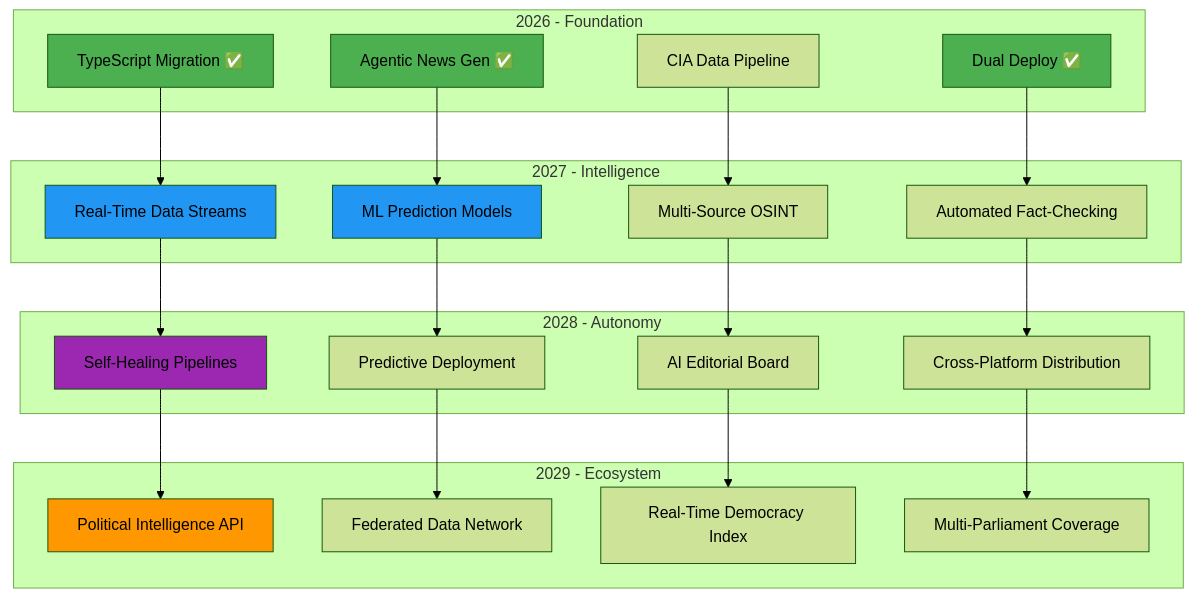
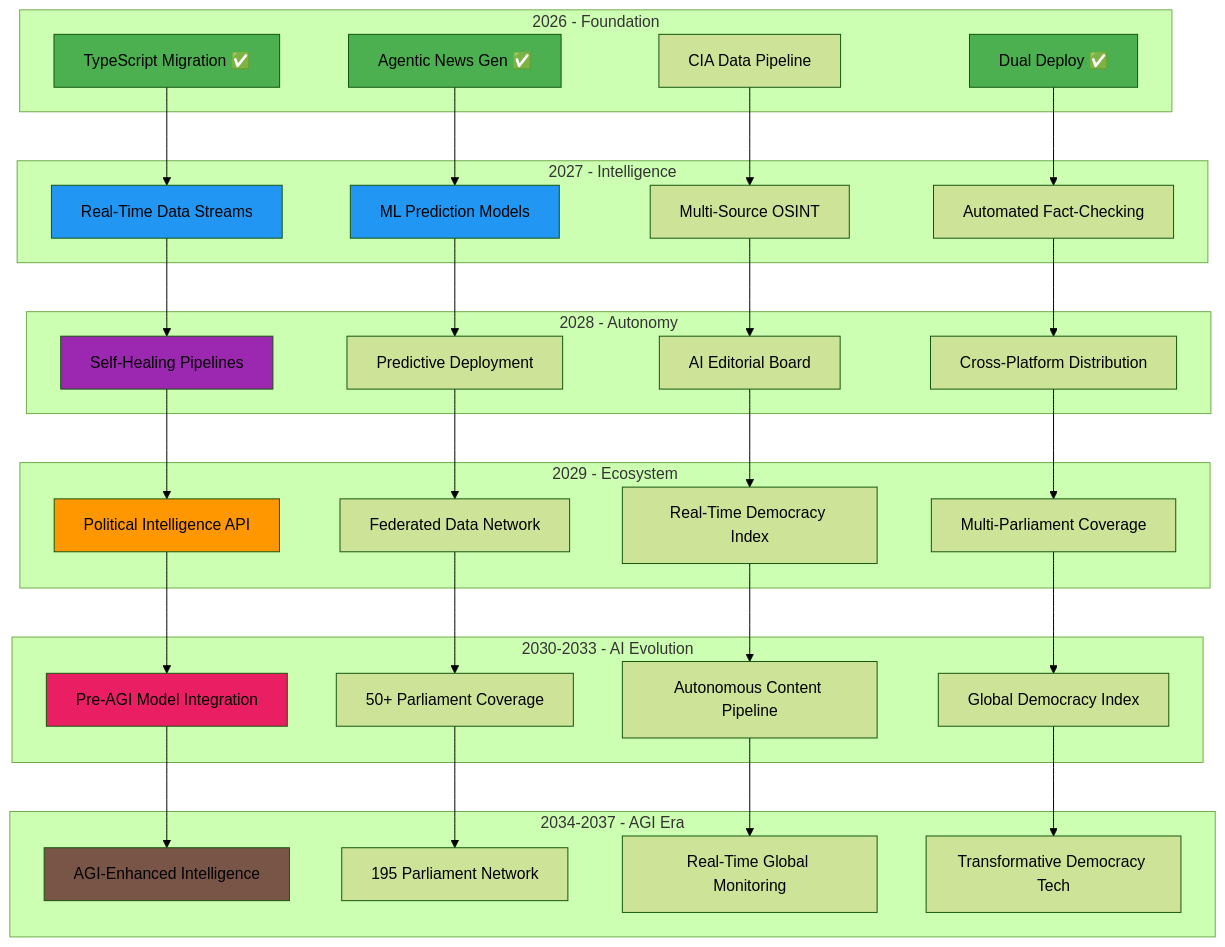
The first of 2 diagrams in FUTURE_WORKFLOWS.md (Hack23/riksdagsmonitor), drawn with Mermaid (forest theme) before and after one commit. The commit also changed other lines of this file, not shown here.

First line of the commit message:
Extend FUTURE_WORKFLOWS.md roadmap horizon to 2037 with AI/LLM evolution

````diff
--- a/FUTURE_WORKFLOWS.md
+++ b/FUTURE_WORKFLOWS.md
@@ -31,53 +31,80 @@
 ```mermaid
 graph TB
     subgraph "2026 - Foundation"
         A1[TypeScript Migration ✅]
         A2[Agentic News Gen ✅]
         A3[CIA Data Pipeline]
         A4[Dual Deploy ✅]
     end
     
     subgraph "2027 - Intelligence"
         B1[Real-Time Data Streams]
         B2[ML Prediction Models]
         B3[Multi-Source OSINT]
         B4[Automated Fact-Checking]
     end
     
     subgraph "2028 - Autonomy"
         C1[Self-Healing Pipelines]
         C2[Predictive Deployment]
         C3[AI Editorial Board]
         C4[Cross-Platform Distribution]
     end
     
     subgraph "2029 - Ecosystem"
         D1[Political Intelligence API]
         D2[Federated Data Network]
         D3[Real-Time Democracy Index]
         D4[Multi-Parliament Coverage]
     end
     
+    subgraph "2030-2033 - AI Evolution"
+        E1[Pre-AGI Model Integration]
+        E2[50+ Parliament Coverage]
+        E3[Autonomous Content Pipeline]
+        E4[Global Democracy Index]
+    end
+    
+    subgraph "2034-2037 - AGI Era"
+        F1[AGI-Enhanced Intelligence]
+        F2[195 Parliament Network]
+        F3[Real-Time Global Monitoring]
+        F4[Transformative Democracy Tech]
+    end
+    
     A1 --> B1
     A2 --> B2
     A3 --> B3
     A4 --> B4
     
     B1 --> C1
     B2 --> C2
     B3 --> C3
     B4 --> C4
     
     C1 --> D1
     C2 --> D2
     C3 --> D3
     C4 --> D4
     
+    D1 --> E1
+    D2 --> E2
+    D3 --> E3
+    D4 --> E4
+    
+    E1 --> F1
+    E2 --> F2
+    E3 --> F3
+    E4 --> F4
+    
+    style E1 fill:#e91e63
+    style F1 fill:#795548
+    
     style A1 fill:#4caf50
     style A2 fill:#4caf50
     style A4 fill:#4caf50
     style B1 fill:#2196f3
     style B2 fill:#2196f3
     style C1 fill:#9c27b0
     style D1 fill:#ff9800
 ```
````
